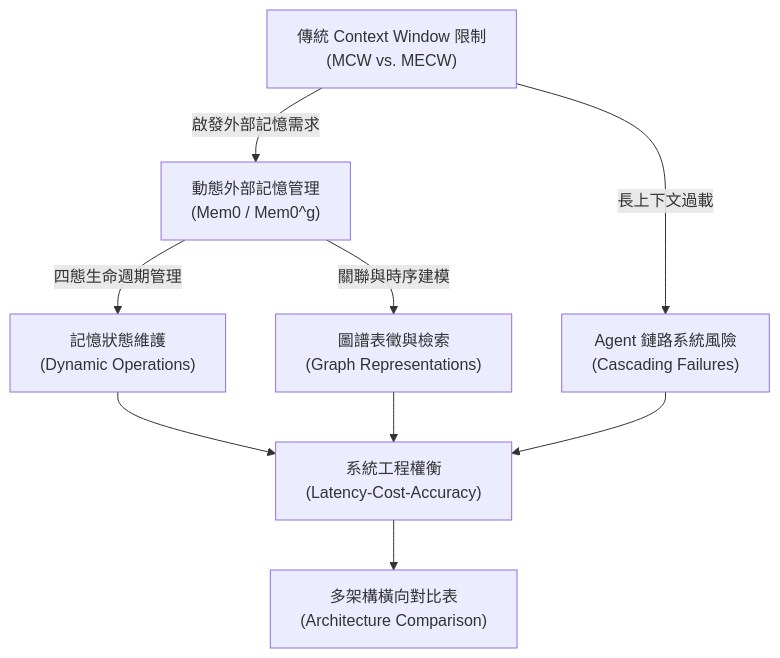
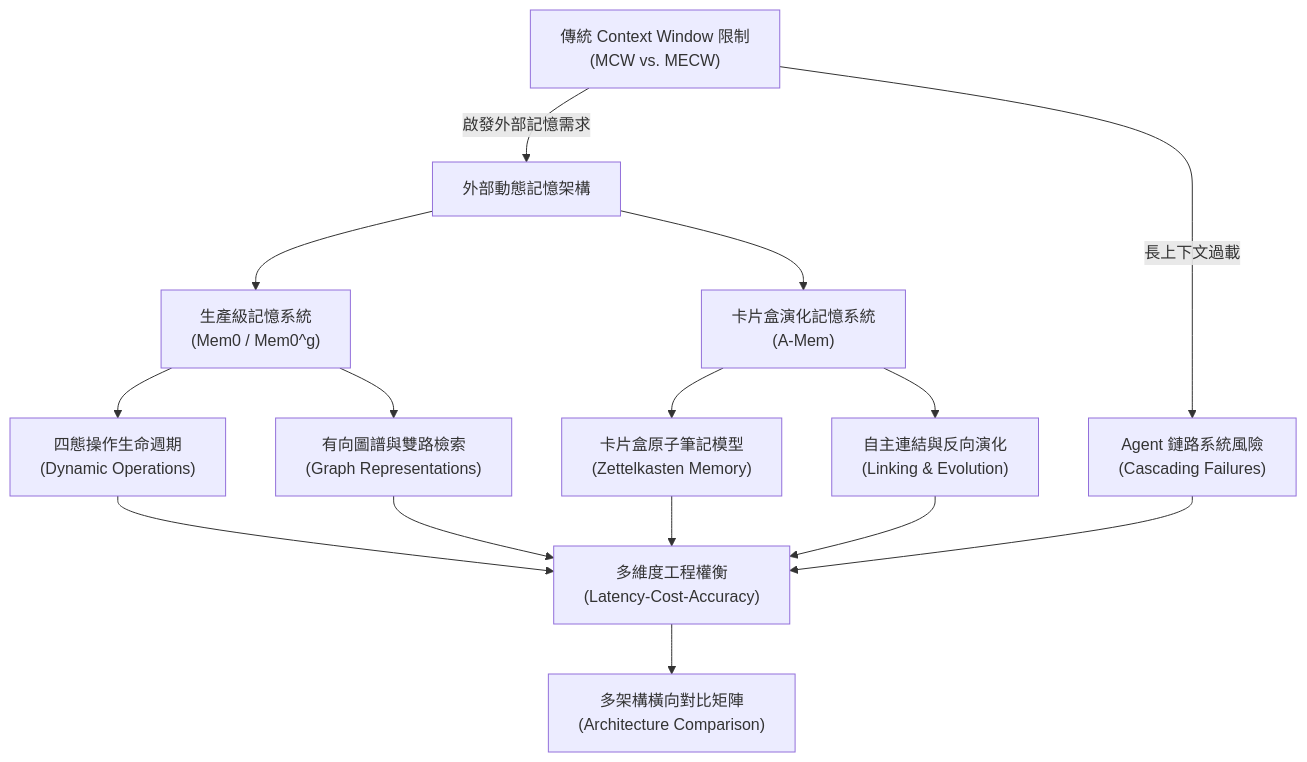
The diagram in wiki/index.md (KenTW-PPD/TAICA_Generative_AI_Class-Homework_10), drawn with Mermaid before and after one commit. The commit also changed other lines of this file and 6 other files, not shown here.

````diff
--- a/wiki/index.md
+++ b/wiki/index.md
@@ -9,11 +9,22 @@
 ```mermaid
 flowchart TD
-    A["傳統 Context Window 限制<br/>(MCW vs. MECW)"] -->|啟發外部記憶需求| B["動態外部記憶管理<br/>(Mem0 / Mem0^g)"]
+    A["傳統 Context Window 限制<br/>(MCW vs. MECW)"] -->|啟發外部記憶需求| B["外部動態記憶架構"]
     A -->|長上下文過載| C["Agent 鏈路系統風險<br/>(Cascading Failures)"]
-    B -->|四態生命週期管理| D["記憶狀態維護<br/>(Dynamic Operations)"]
-    B -->|關聯與時序建模| E["圖譜表徵與檢索<br/>(Graph Representations)"]
-    D --> F["系統工程權衡<br/>(Latency-Cost-Accuracy)"]
-    E --> F
-    C --> F
-    F --> G["多架構橫向對比表<br/>(Architecture Comparison)"]
+    
+    B --> M0["生產級記憶系統<br/>(Mem0 / Mem0^g)"]
+    B --> AM["卡片盒演化記憶系統<br/>(A-Mem)"]
+    
+    M0 --> D["四態操作生命週期<br/>(Dynamic Operations)"]
+    M0 --> E["有向圖譜與雙路檢索<br/>(Graph Representations)"]
+    
+    AM --> ZK["卡片盒原子筆記模型<br/>(Zettelkasten Memory)"]
+    AM --> ME["自主連結與反向演化<br/>(Linking & Evolution)"]
+    
+    D --> TR["多維度工程權衡<br/>(Latency-Cost-Accuracy)"]
+    E --> TR
+    ZK --> TR
+    ME --> TR
+    C --> TR
+    
+    TR --> COMP["多架構橫向對比矩陣<br/>(Architecture Comparison)"]
 ```
````
